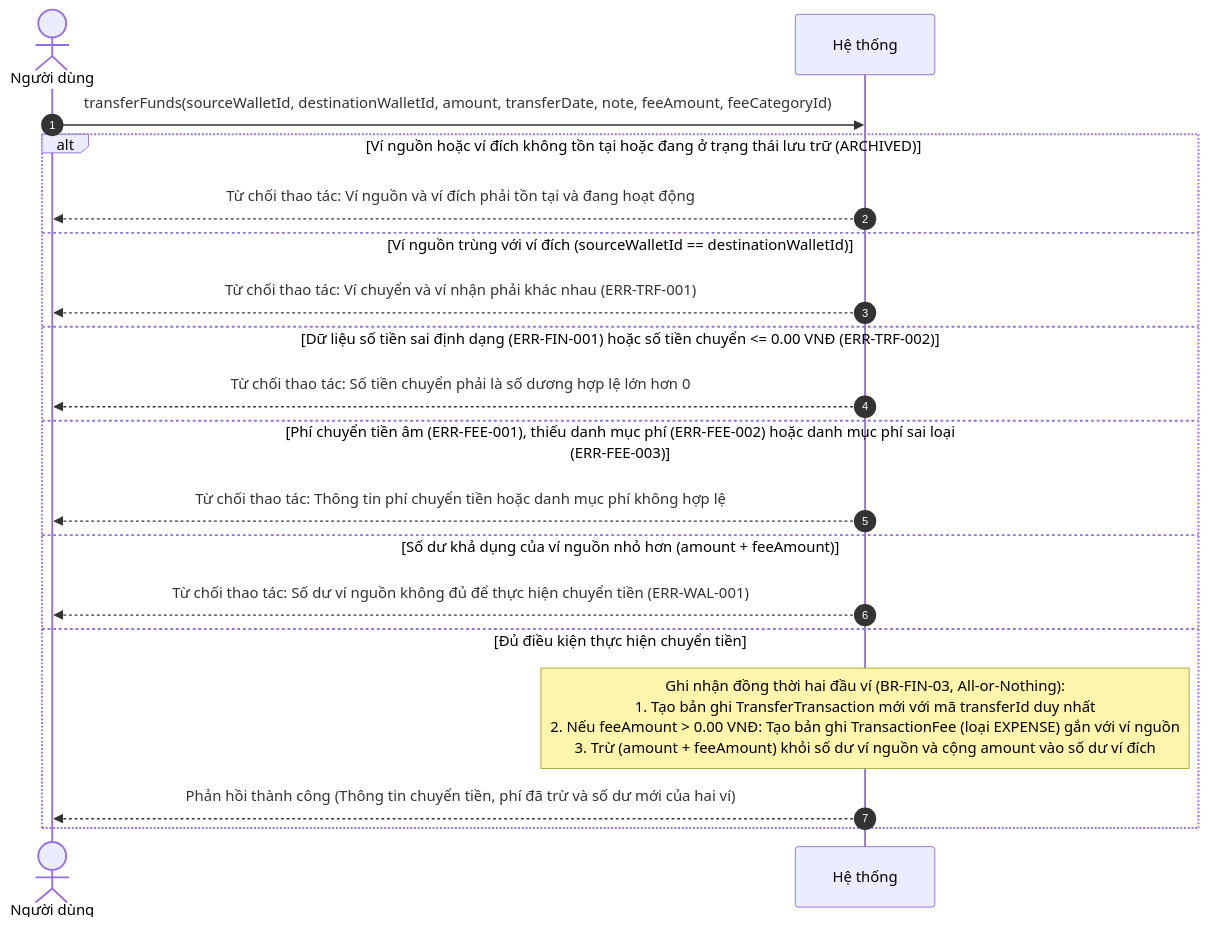
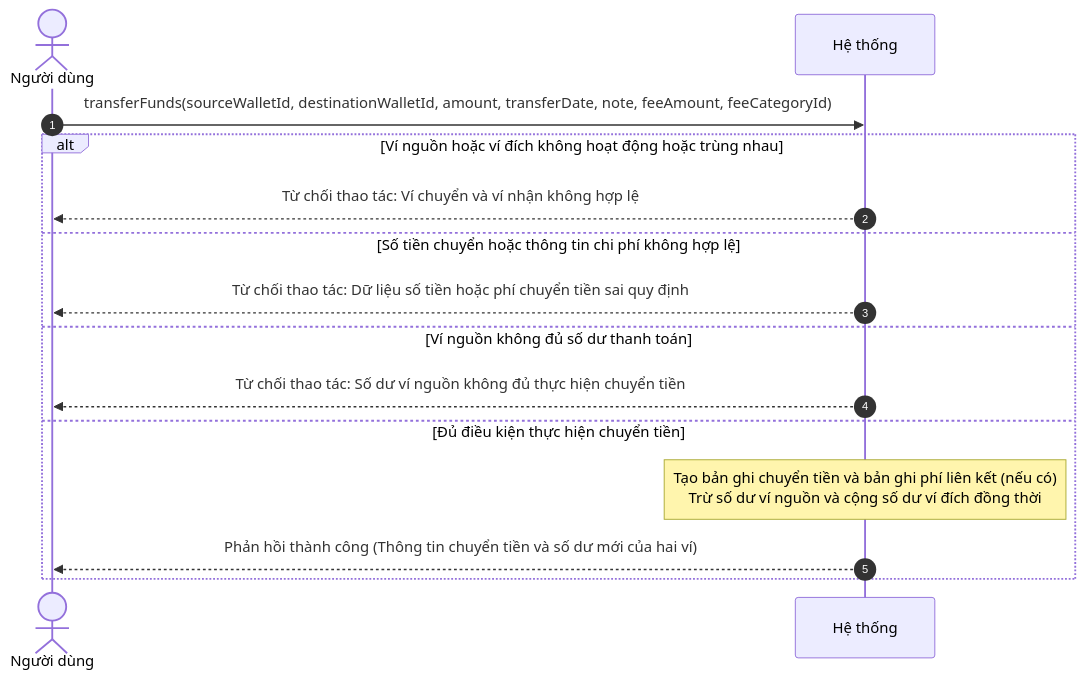
Before and after one commit to mynhleeh/pfms-oop: the ninth of 20 diagrams in docs/object-oriented-analysis/03-so-do-tuan-tu-he-thong-ssd.md, drawn with Mermaid. The commit also changed other lines of this file and 3 other files, not shown here.

Commit message:
docs(ood): 03 04 05 06 - fix the rule and errror notation - fix the diagrams

````diff
--- a/docs/object-oriented-analysis/03-so-do-tuan-tu-he-thong-ssd.md
+++ b/docs/object-oriented-analysis/03-so-do-tuan-tu-he-thong-ssd.md
@@ -384,22 +372,18 @@
 ```mermaid
 sequenceDiagram
     autonumber
     actor User as Người dùng
     participant System as Hệ thống
 
     User->>System: transferFunds(sourceWalletId, destinationWalletId, amount, transferDate, note, feeAmount, feeCategoryId)
-    alt Ví nguồn hoặc ví đích không tồn tại hoặc đang ở trạng thái lưu trữ (ARCHIVED)
-        System-->>User: Từ chối thao tác: Ví nguồn và ví đích phải tồn tại và đang hoạt động
-    else Ví nguồn trùng với ví đích (sourceWalletId == destinationWalletId)
-        System-->>User: Từ chối thao tác: Ví chuyển và ví nhận phải khác nhau (ERR-TRF-001)
-    else Dữ liệu số tiền sai định dạng (ERR-FIN-001) hoặc số tiền chuyển <= 0.00 VNĐ (ERR-TRF-002)
-        System-->>User: Từ chối thao tác: Số tiền chuyển phải là số dương hợp lệ lớn hơn 0
-    else Phí chuyển tiền âm (ERR-FEE-001), thiếu danh mục phí (ERR-FEE-002) hoặc danh mục phí sai loại (ERR-FEE-003)
-        System-->>User: Từ chối thao tác: Thông tin phí chuyển tiền hoặc danh mục phí không hợp lệ
-    else Số dư khả dụng của ví nguồn nhỏ hơn (amount + feeAmount)
-        System-->>User: Từ chối thao tác: Số dư ví nguồn không đủ để thực hiện chuyển tiền (ERR-WAL-001)
+    alt Ví nguồn hoặc ví đích không hoạt động hoặc trùng nhau
+        System-->>User: Từ chối thao tác: Ví chuyển và ví nhận không hợp lệ
+    else Số tiền chuyển hoặc thông tin chi phí không hợp lệ
+        System-->>User: Từ chối thao tác: Dữ liệu số tiền hoặc phí chuyển tiền sai quy định
+    else Ví nguồn không đủ số dư thanh toán
+        System-->>User: Từ chối thao tác: Số dư ví nguồn không đủ thực hiện chuyển tiền
     else Đủ điều kiện thực hiện chuyển tiền
-        Note over System: Ghi nhận đồng thời hai đầu ví (BR-FIN-03, All-or-Nothing):<br/>1. Tạo bản ghi TransferTransaction mới với mã transferId duy nhất<br/>2. Nếu feeAmount > 0.00 VNĐ: Tạo bản ghi TransactionFee (loại EXPENSE) gắn với ví nguồn<br/>3. Trừ (amount + feeAmount) khỏi số dư ví nguồn và cộng amount vào số dư ví đích
-        System-->>User: Phản hồi thành công (Thông tin chuyển tiền, phí đã trừ và số dư mới của hai ví)
+        Note over System: Tạo bản ghi chuyển tiền và bản ghi phí liên kết (nếu có)<br/>Trừ số dư ví nguồn và cộng số dư ví đích đồng thời
+        System-->>User: Phản hồi thành công (Thông tin chuyển tiền và số dư mới của hai ví)
     end
 ```
````
